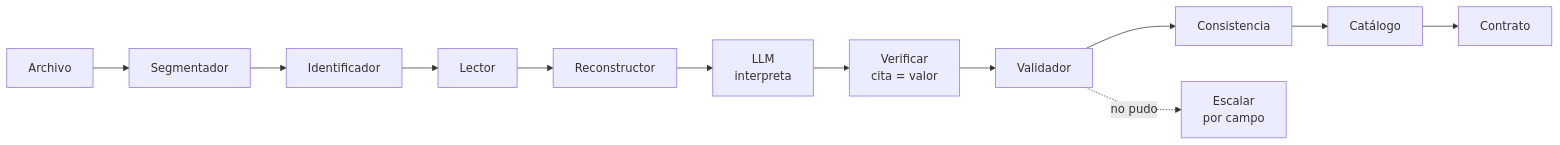
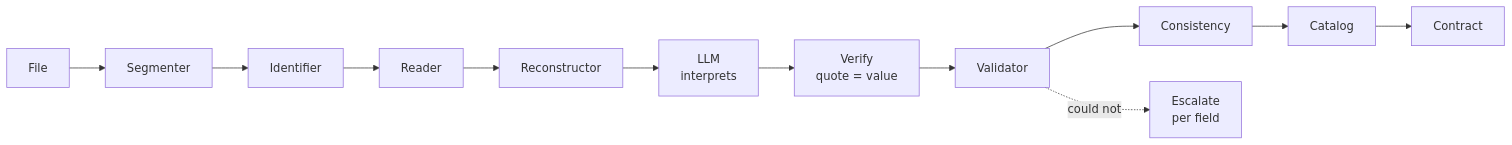
Before and after one commit to mariogarcia-ar/docflow: diagram 14 of 15 in README.md, drawn with Mermaid. The commit also changed other lines of this file, not shown here.

````diff
--- a/README.md
+++ b/README.md
@@ -489,7 +489,7 @@
 ```mermaid
 graph LR
-    A["Archivo"] --> B["Segmentador"] --> C["Identificador"] --> D["Lector"]
-    D --> E["Reconstructor"] --> F["LLM<br/>interpreta"] --> G["Verificar<br/>cita = valor"]
-    G --> H["Validador"] --> I["Consistencia"] --> J["Catálogo"] --> K["Contrato"]
-    H -.->|"no pudo"| L["Escalar<br/>por campo"]
+    A["File"] --> B["Segmenter"] --> C["Identifier"] --> D["Reader"]
+    D --> E["Reconstructor"] --> F["LLM<br/>interprets"] --> G["Verify<br/>quote = value"]
+    G --> H["Validator"] --> I["Consistency"] --> J["Catalog"] --> K["Contract"]
+    H -.->|"could not"| L["Escalate<br/>per field"]
 ```
````
